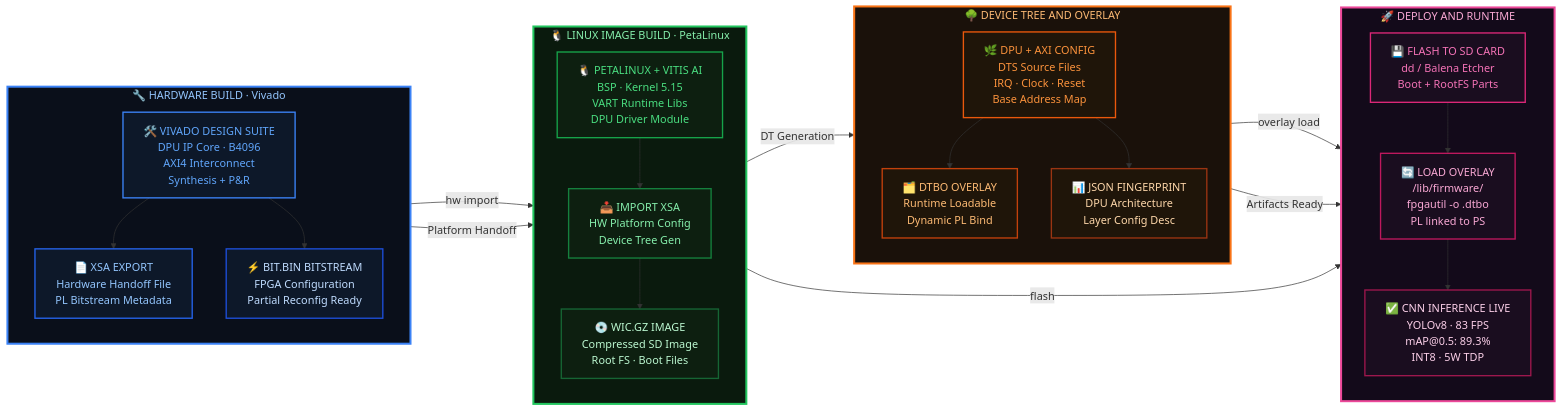
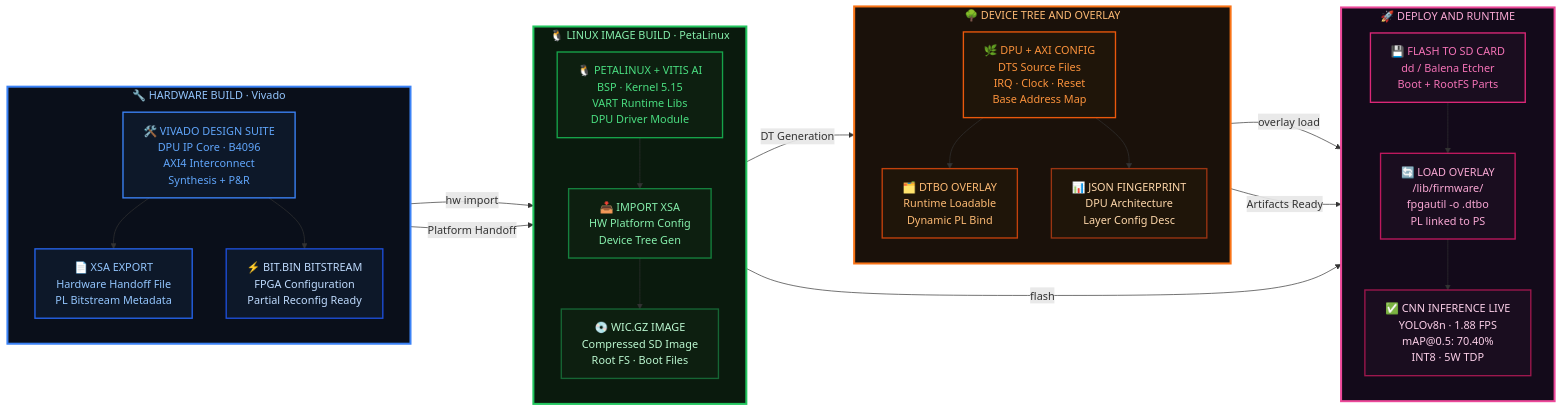
The third of 3 diagrams in README.md (PRIY4DH4RS4N-D/Real-Time-Object-Detection-Using-Hardware-Accelerated-CNN-on-Xilinx-Zynq-SoC-Bharat-AI-SoC-Challenge), drawn with Mermaid before and after one commit. The commit also changed other lines of this file, not shown here.

````diff
--- a/README.md
+++ b/README.md
@@ -200,65 +246,65 @@
 ```mermaid
 flowchart LR
     subgraph HW["🔧  HARDWARE BUILD  ·  Vivado"]
         direction TB
         VIV["🛠️ VIVADO DESIGN SUITE\nDPU IP Core · B4096\nAXI4 Interconnect\nSynthesis + P&R"]
         XSA["📄 XSA EXPORT\nHardware Handoff File\nPL Bitstream Metadata"]
         BIT["⚡ BIT.BIN BITSTREAM\nFPGA Configuration\nPartial Reconfig Ready"]
         VIV --> XSA
         VIV --> BIT
     end
 
     subgraph LNX["🐧  LINUX IMAGE BUILD  ·  PetaLinux"]
         direction TB
         PET["🐧 PETALINUX + VITIS AI\nBSP · Kernel 5.15\nVART Runtime Libs\nDPU Driver Module"]
         IMPORT["📥 IMPORT XSA\nHW Platform Config\nDevice Tree Gen"]
         WIC["💿 WIC.GZ IMAGE\nCompressed SD Image\nRoot FS · Boot Files"]
         PET --> IMPORT --> WIC
     end
 
     subgraph DT["🌳  DEVICE TREE AND OVERLAY"]
         direction TB
         DTS["🌿 DPU + AXI CONFIG\nDTS Source Files\nIRQ · Clock · Reset\nBase Address Map"]
         DTBO["🗂️ DTBO OVERLAY\nRuntime Loadable\nDynamic PL Bind"]
         JSON["📊 JSON FINGERPRINT\nDPU Architecture\nLayer Config Desc"]
         DTS --> DTBO
         DTS --> JSON
     end
 
     subgraph RUN["🚀  DEPLOY AND RUNTIME"]
         direction TB
         FLASH["💾 FLASH TO SD CARD\ndd / Balena Etcher\nBoot + RootFS Parts"]
         LOAD["🔄 LOAD OVERLAY\n/lib/firmware/\nfpgautil -o .dtbo\nPL linked to PS"]
-        EXEC["✅ CNN INFERENCE LIVE\nYOLOv8 · 83 FPS\nmAP@0.5: 89.3%\nINT8 · 5W TDP"]
+        EXEC["✅ CNN INFERENCE LIVE\nYOLOv8n · 1.88 FPS\nmAP@0.5: 70.40%\nINT8 · 5W TDP"]
         FLASH --> LOAD --> EXEC
     end
 
     HW -->|"Platform Handoff"| LNX
     LNX -->|"DT Generation"| DT
     DT -->|"Artifacts Ready"| RUN
 
     XSA -->|"hw import"| IMPORT
     WIC -->|"flash"| FLASH
     DTBO -->|"overlay load"| LOAD
 
     style HW      fill:#0a0f1a,stroke:#3B82F6,stroke-width:3px,color:#93c5fd
     style LNX     fill:#0a1a0d,stroke:#22C55E,stroke-width:3px,color:#86efac
     style DT      fill:#1a110a,stroke:#F97316,stroke-width:3px,color:#fdba74
     style RUN     fill:#130a1a,stroke:#EC4899,stroke-width:3px,color:#f9a8d4
 
     style VIV     fill:#0d1829,stroke:#3B82F6,stroke-width:2px,color:#60a5fa
     style XSA     fill:#0d1829,stroke:#2563EB,stroke-width:2px,color:#93c5fd
     style BIT     fill:#0d1829,stroke:#1D4ED8,stroke-width:2px,color:#bfdbfe
 
     style PET     fill:#0d1f10,stroke:#16A34A,stroke-width:2px,color:#4ade80
     style IMPORT  fill:#0d1f10,stroke:#15803D,stroke-width:2px,color:#86efac
     style WIC     fill:#0d1f10,stroke:#166534,stroke-width:2px,color:#bbf7d0
 
     style DTS     fill:#1f1509,stroke:#EA580C,stroke-width:2px,color:#fb923c
     style DTBO    fill:#1f1509,stroke:#C2410C,stroke-width:2px,color:#fdba74
     style JSON    fill:#1f1509,stroke:#9A3412,stroke-width:2px,color:#fed7aa
 
     style FLASH   fill:#1a0d1f,stroke:#DB2777,stroke-width:2px,color:#f472b6
     style LOAD    fill:#1a0d1f,stroke:#BE185D,stroke-width:2px,color:#f9a8d4
     style EXEC    fill:#1a0d1f,stroke:#9D174D,stroke-width:2px,color:#fbcfe8
 ```
````
